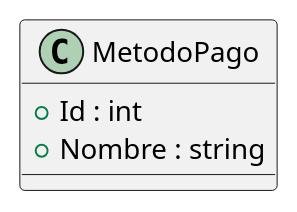
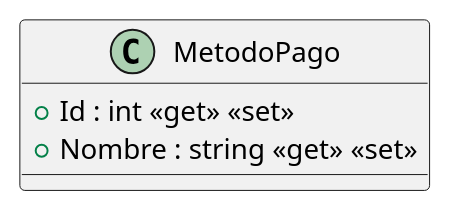
One commit to ISII2627JRJ/ISII2627JRJ changed the diagram in src/AppForSEII.API/ClassDiagram/MetodoPago.puml. Above: the diagram before and after it, drawn with PlantUML. The commit also changed 3 other files, not shown here.

First line of the commit message:
Desarrollo de la clase compra y su diagrama #29 (#34)

```diff
--- a/src/AppForSEII.API/ClassDiagram/MetodoPago.puml
+++ b/src/AppForSEII.API/ClassDiagram/MetodoPago.puml
@@ -1,4 +1,6 @@
+@startuml
 class MetodoPago {
-    + Id : int
-    + Nombre : string
+    + Id : int <<get>> <<set>>
+    + Nombre : string <<get>> <<set>>
 }
+@enduml
```
